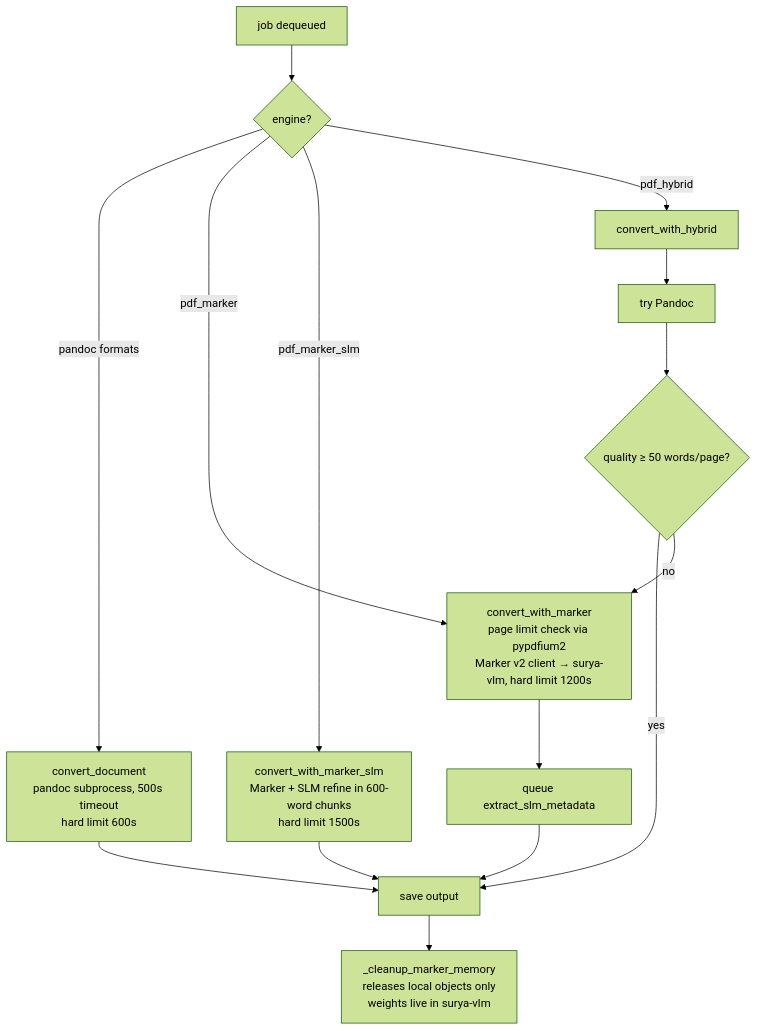
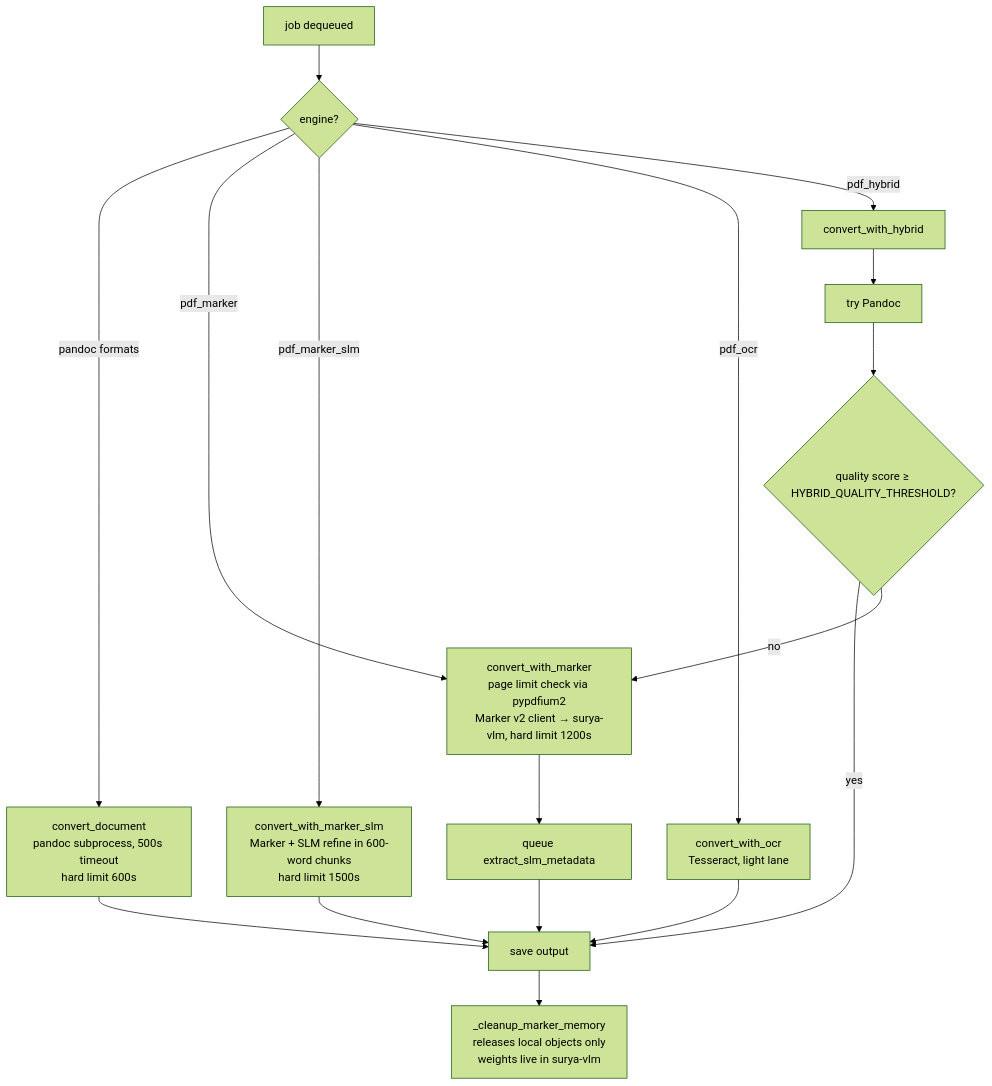
The fourth of 8 diagrams in docs/ARCHITECTURE.md (aerocristobal/DocuFlux), drawn with Mermaid (forest theme) before and after one commit. The commit also changed other lines of this file and 28 other files, not shown here.

````diff
--- a/docs/ARCHITECTURE.md
+++ b/docs/ARCHITECTURE.md
@@ -146,17 +158,19 @@
 ```mermaid
 flowchart TB
     REQ[job dequeued] --> Q{engine?}
     Q -->|pandoc formats| P[convert_document<br/>pandoc subprocess, 500s timeout<br/>hard limit 600s]
     Q -->|pdf_marker| M[convert_with_marker<br/>page limit check via pypdfium2<br/>Marker v2 client → surya-vlm, hard limit 1200s]
     Q -->|pdf_marker_slm| MS[convert_with_marker_slm<br/>Marker + SLM refine in 600-word chunks<br/>hard limit 1500s]
+    Q -->|pdf_ocr| O[convert_with_ocr<br/>Tesseract, light lane]
     Q -->|pdf_hybrid| H[convert_with_hybrid]
     H --> HP[try Pandoc]
-    HP --> QC{quality ≥ 50 words/page?}
+    HP --> QC{quality score ≥ HYBRID_QUALITY_THRESHOLD?}
     QC -->|yes| DONE[save output]
     QC -->|no| M
     M --> SLMQ[queue extract_slm_metadata]
     MS --> DONE
     P --> DONE
+    O --> DONE
     SLMQ --> DONE
     DONE --> CLN[_cleanup_marker_memory<br/>releases local objects only<br/>weights live in surya-vlm]
 ```
````
